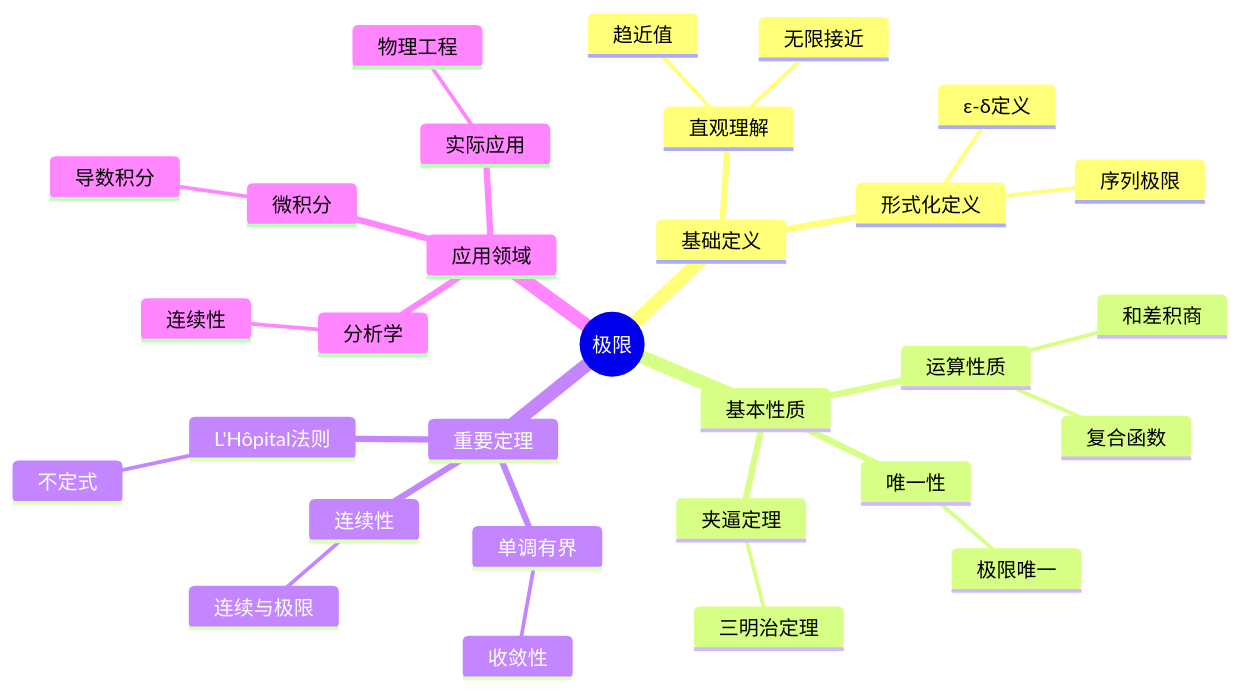
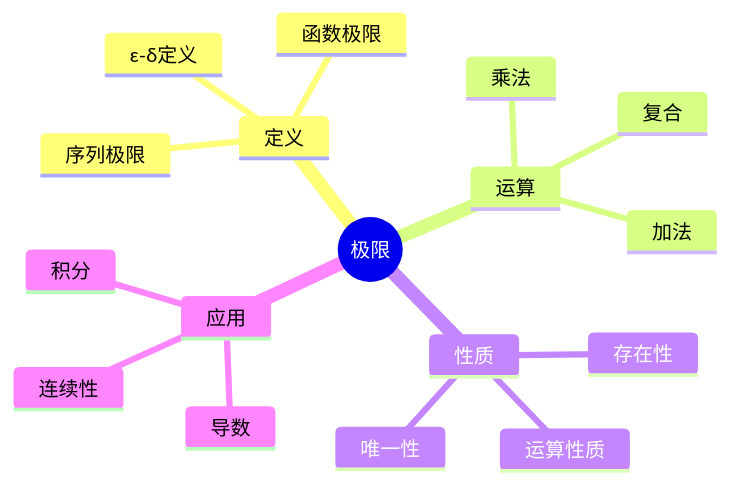
Before and after one commit to AdaMartin18010/FormalMath: the first of 10 diagrams in concept/核心概念/13-极限.md, drawn with Mermaid. The commit also changed other lines of this file and 4793 other files, not shown here.

````diff
--- a/concept/核心概念/13-极限.md
+++ b/concept/核心概念/13-极限.md
@@ -427,33 +1169,20 @@
 ```mermaid
 mindmap
   root((极限))
-    基础定义
-      直观理解
-        趋近值
-        无限接近
-      形式化定义
-        ε-δ定义
-        序列极限
-    基本性质
+    定义
+      函数极限
+      序列极限
+      ε-δ定义
+    运算
+      加法
+      乘法
+      复合
+    性质
       唯一性
-        极限唯一
+      存在性
       运算性质
-        和差积商
-        复合函数
-      夹逼定理
-        三明治定理
-    重要定理
+    应用
       连续性
-        连续与极限
-      L'Hôpital法则
-        不定式
-      单调有界
-        收敛性
-    应用领域
-      微积分
-        导数积分
-      分析学
-        连续性
-      实际应用
-        物理工程
+      导数
+      积分
 ```
````
